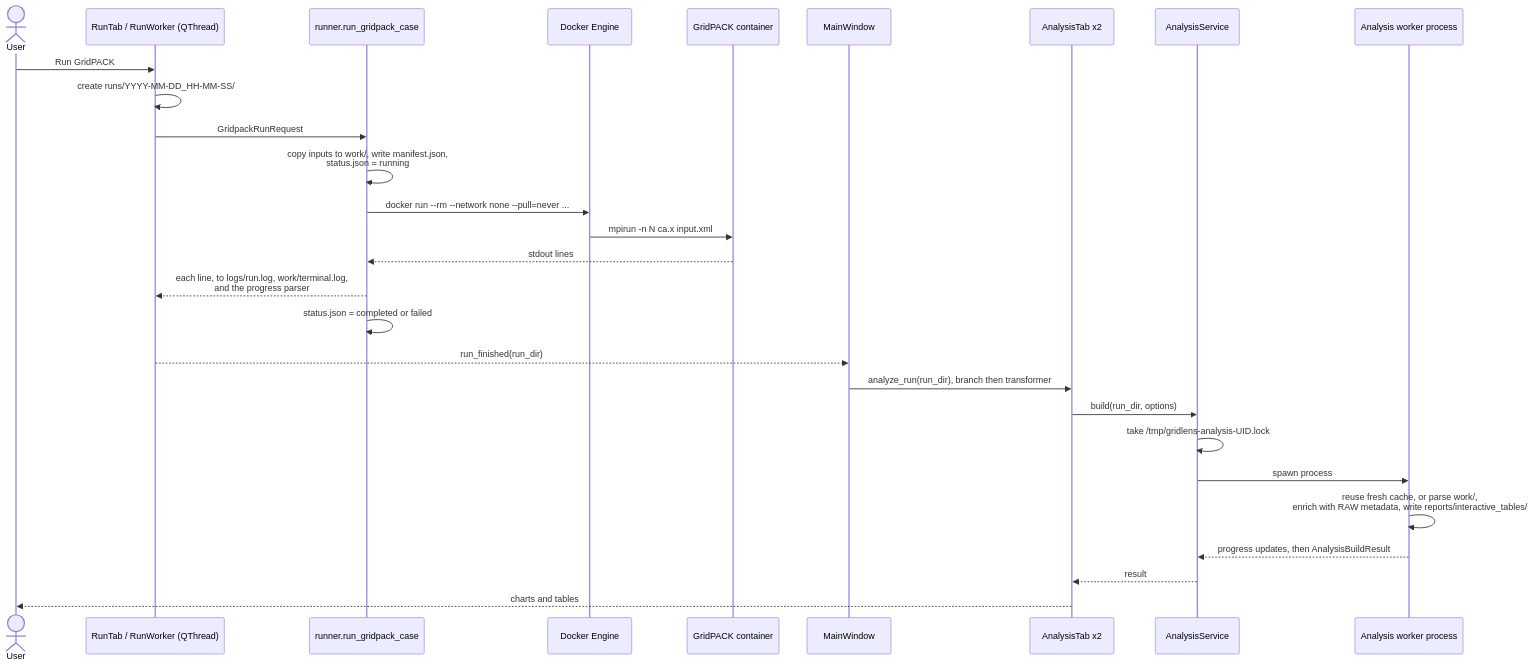
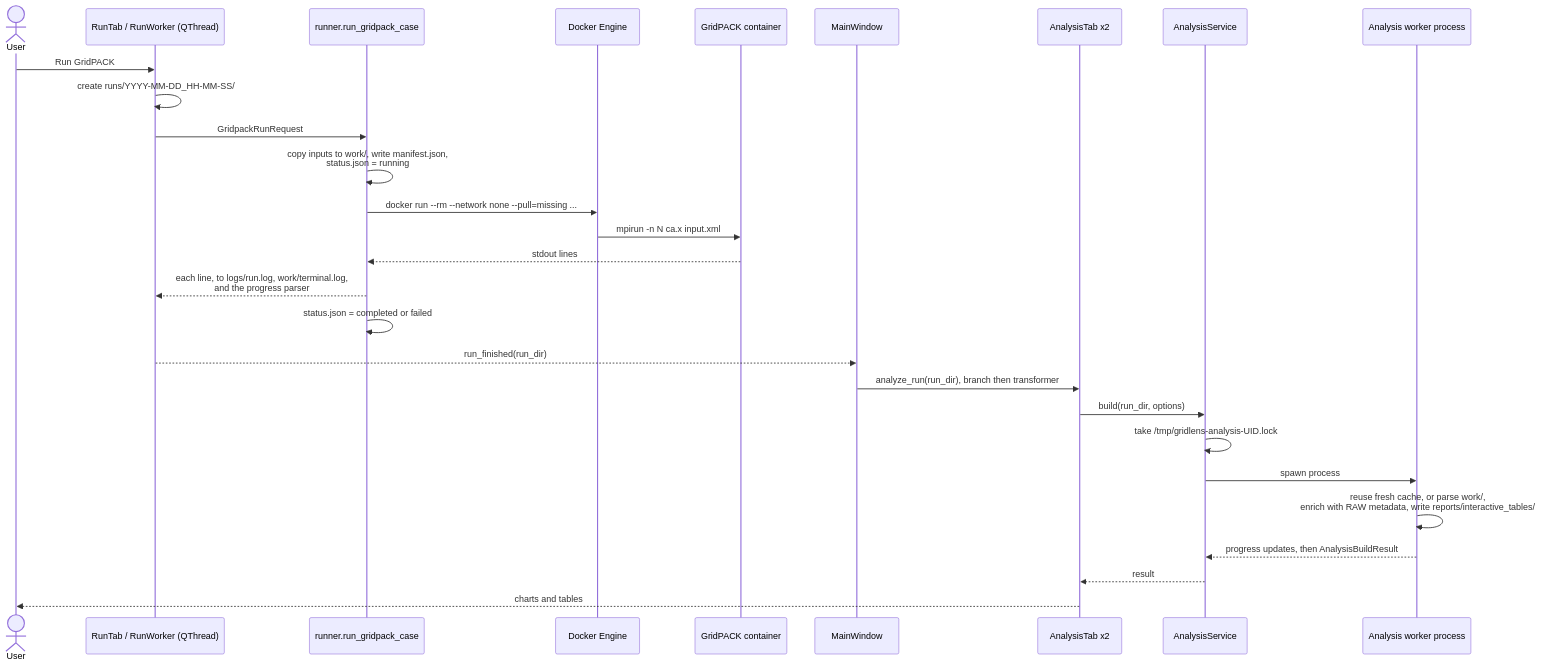
One commit to alexluhuang/GridLens changed the third of 5 diagrams in docs/ARCHITECTURE.md. Above: the diagram before and after it, drawn with Mermaid. The commit also changed other lines of this file and 11 other files, not shown here.

Commit message:
making alh360/gridlens-solver-v0 and pull missing default

````diff
--- a/docs/ARCHITECTURE.md
+++ b/docs/ARCHITECTURE.md
@@ -179,30 +179,30 @@
 ```mermaid
 sequenceDiagram
     actor User
     participant Run as RunTab / RunWorker (QThread)
     participant Runner as runner.run_gridpack_case
     participant Docker as Docker Engine
     participant GP as GridPACK container
     participant Main as MainWindow
     participant Tab as AnalysisTab x2
     participant Svc as AnalysisService
     participant Worker as Analysis worker process
     User->>Run: Run GridPACK
     Run->>Run: create runs/YYYY-MM-DD_HH-MM-SS/
     Run->>Runner: GridpackRunRequest
     Runner->>Runner: copy inputs to work/, write manifest.json,<br/>status.json = running
-    Runner->>Docker: docker run --rm --network none --pull=never ...
+    Runner->>Docker: docker run --rm --network none --pull=missing ...
     Docker->>GP: mpirun -n N ca.x input.xml
     GP-->>Runner: stdout lines
     Runner-->>Run: each line, to logs/run.log, work/terminal.log,<br/>and the progress parser
     Runner->>Runner: status.json = completed or failed
     Run-->>Main: run_finished(run_dir)
     Main->>Tab: analyze_run(run_dir), branch then transformer
     Tab->>Svc: build(run_dir, options)
     Svc->>Svc: take /tmp/gridlens-analysis-UID.lock
     Svc->>Worker: spawn process
     Worker->>Worker: reuse fresh cache, or parse work/,<br/>enrich with RAW metadata, write reports/interactive_tables/
     Worker-->>Svc: progress updates, then AnalysisBuildResult
     Svc-->>Tab: result
     Tab-->>User: charts and tables
 ```
````
